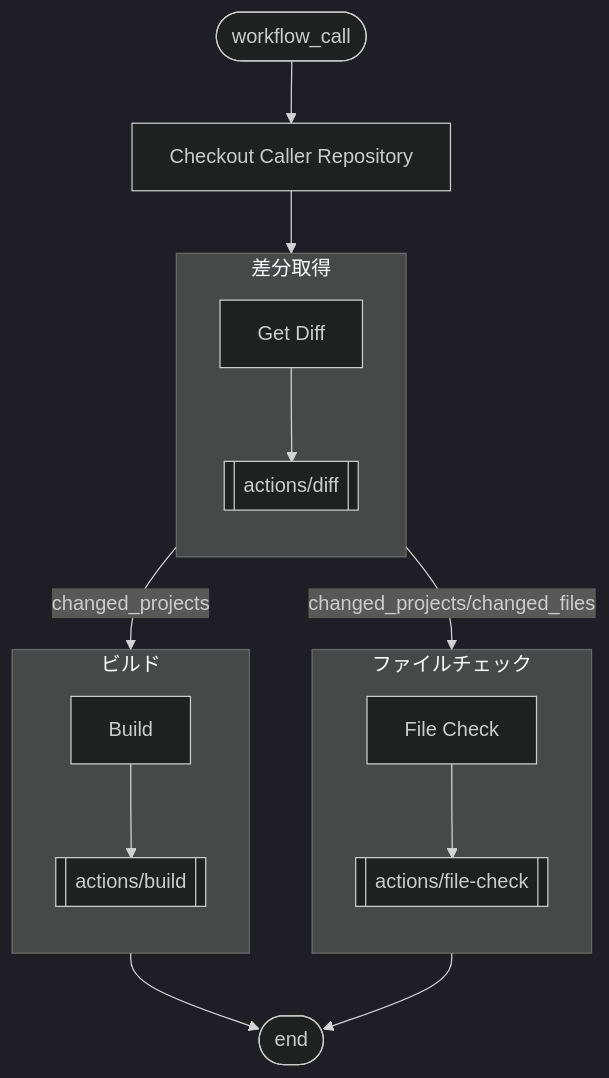
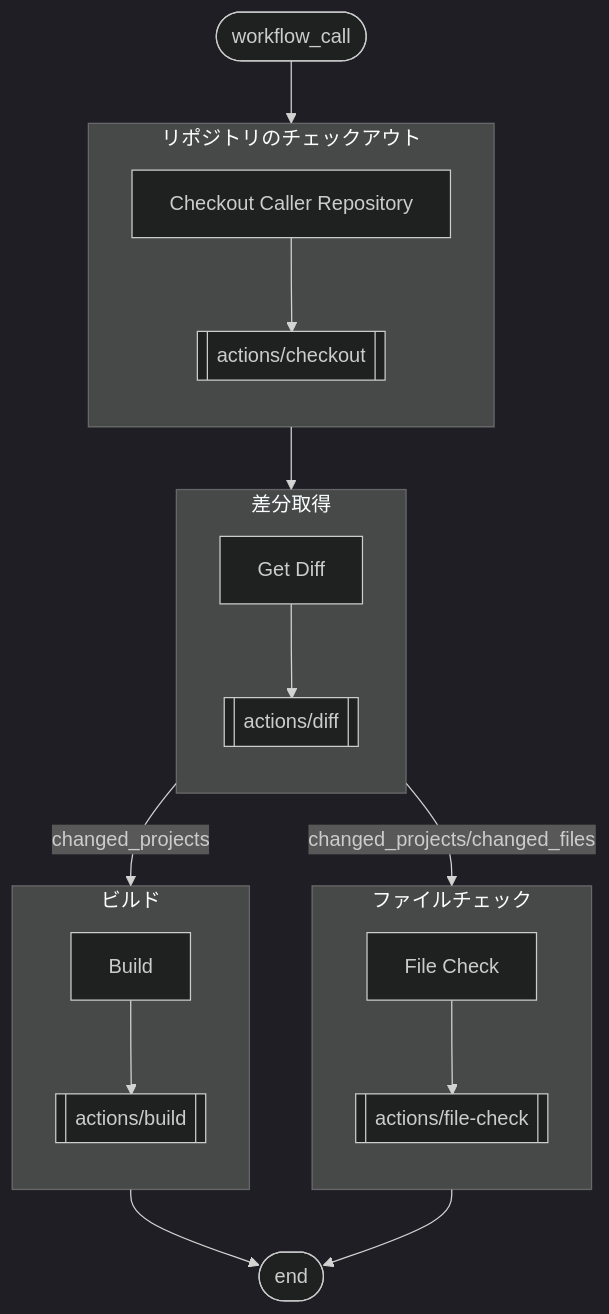
One commit to wiseman-fukushi2-trial/actions changed the diagram in docs/toko/index.md. Above: the diagram before and after it, drawn with Mermaid (dark theme).

````diff
--- a/docs/toko/index.md
+++ b/docs/toko/index.md
@@ -7,52 +7,60 @@
 ```mermaid
 flowchart TD
     Start([workflow_call])
+    CheckoutGroup[リポジトリのチェックアウト]
     Checkout[Checkout Caller Repository]
+    checkout[[actions/checkout]]
     
     DiffGroup[差分取得]
     Diff[Get Diff]
     diff[[actions/diff]]
     
     BuildGroup[ビルド]
     Build[Build]
     build[[actions/build]]
     
     FileCheckGroup[ファイルチェック]
     FileCheck[File Check]
     filecheck[[actions/file-check]]
     End([end])
     
-    Start --> Checkout
+    Start --> CheckoutGroup
     
-    Checkout --> DiffGroup
+    subgraph CheckoutGroup[リポジトリのチェックアウト]
+    direction TB
+    Checkout --> checkout
+    end
+    
+    CheckoutGroup --> DiffGroup
     
     subgraph DiffGroup[差分取得]
     direction TB
     Diff --> diff
     end
     
     DiffGroup -- changed_projects --> BuildGroup
     
     subgraph BuildGroup[ビルド]
     direction TB
     Build --> build
     end
     
     DiffGroup -- changed_projects/changed_files --> FileCheckGroup
     
     subgraph FileCheckGroup[ファイルチェック]
     direction TB
     FileCheck --> filecheck
     end
     
     BuildGroup --> End
     FileCheckGroup --> End
 
     click Checkout "https://github.com/wiseman-fukushi-dev/rv1.actions/blob/main/.github/workflows/toko.yml#L12" "Checkout"
+    click actions/checkout "https://github.com/wiseman-fukushi-dev/rv1.actions/tree/main/actions/checkout" "actions/checkout"
     click Diff "https://github.com/wiseman-fukushi-dev/rv1.actions/blob/main/.github/workflows/toko.yml#L18" "Get Diff"
     click diff "https://github.com/wiseman-fukushi-dev/rv1.actions/tree/main/actions/diff" "actions/diff"
     click Build "https://github.com/wiseman-fukushi-dev/rv1.actions/blob/main/.github/workflows/toko.yml#L23" "Build"
     click build "https://github.com/wiseman-fukushi-dev/rv1.actions/tree/main/actions/build" "actions/build"
     click FileCheck "https://github.com/wiseman-fukushi-dev/rv1.actions/blob/main/.github/workflows/toko.yml#L47" "File Check"
     click filecheck "https://github.com/wiseman-fukushi-dev/rv1.actions/tree/main/actions/file-check" "actions/file-check"
 ```
````
